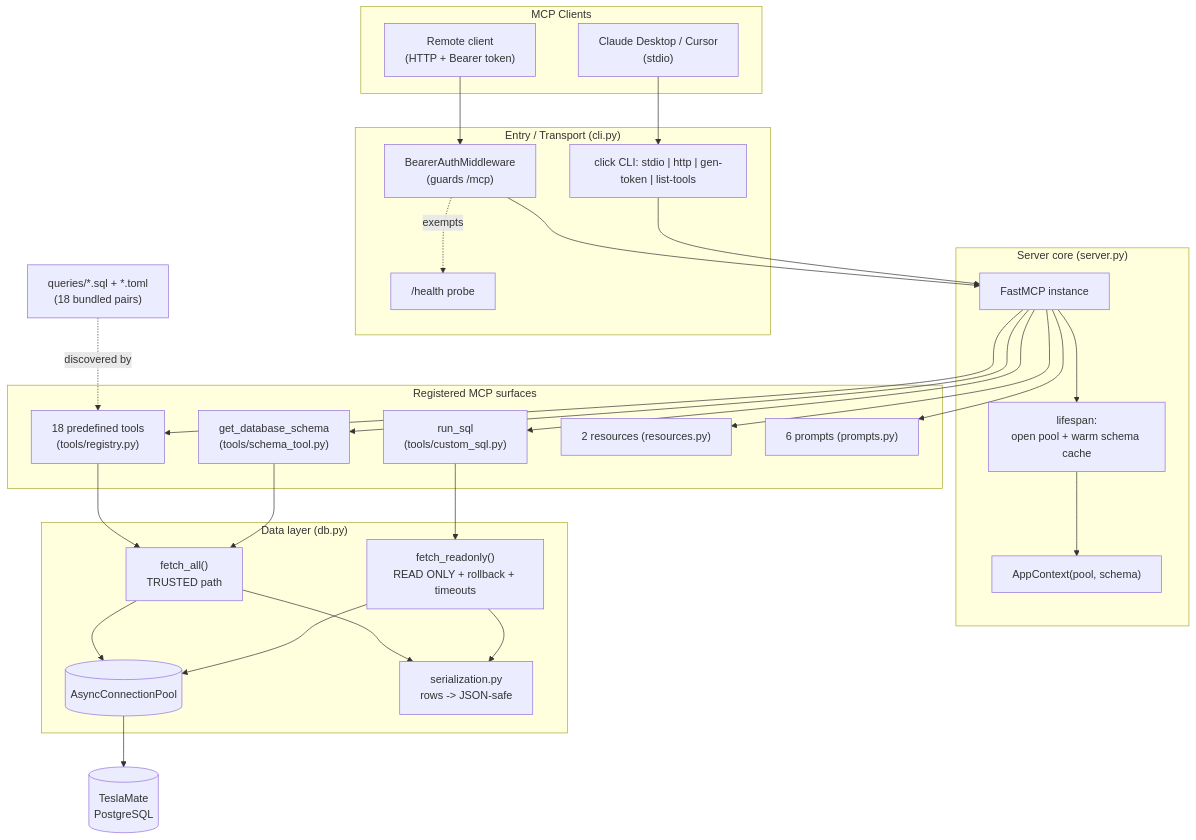
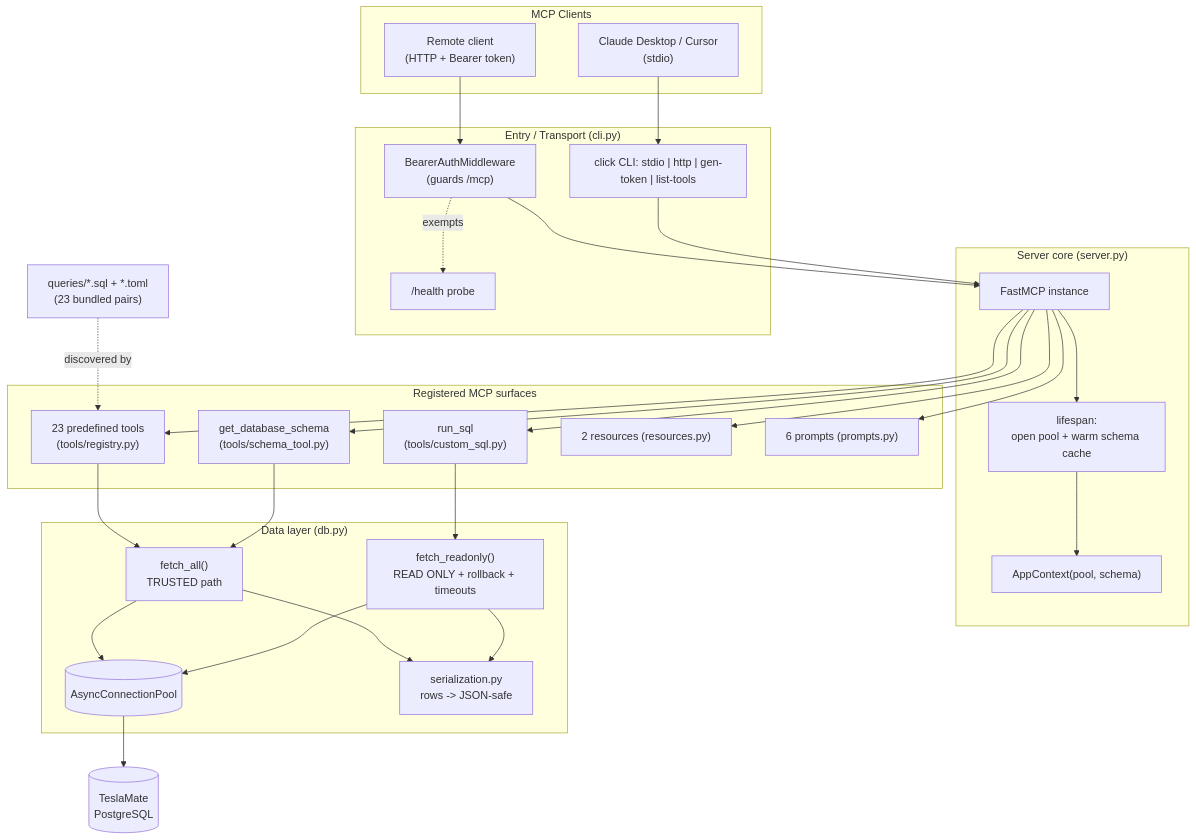
One commit to cobanov/teslamate-mcp changed the first of 2 diagrams in docs/CODEBASE_MAP.md. Above: the diagram before and after it, drawn with Mermaid. The commit also changed other lines of this file and 8 other files, not shown here.

````diff
--- a/docs/CODEBASE_MAP.md
+++ b/docs/CODEBASE_MAP.md
@@ -21,53 +21,53 @@
 ```mermaid
 graph TB
     subgraph Clients["MCP Clients"]
         IDE["Claude Desktop / Cursor<br/>(stdio)"]
         Remote["Remote client<br/>(HTTP + Bearer token)"]
     end
 
     subgraph Entry["Entry / Transport (cli.py)"]
         CLI["click CLI: stdio | http | gen-token | list-tools"]
         Auth["BearerAuthMiddleware<br/>(guards /mcp)"]
         Health["/health probe"]
     end
 
     subgraph Core["Server core (server.py)"]
         FastMCP["FastMCP instance"]
         Lifespan["lifespan:<br/>open pool + warm schema cache"]
         AppCtx["AppContext(pool, schema)"]
     end
 
     subgraph Surfaces["Registered MCP surfaces"]
-        Pre["18 predefined tools<br/>(tools/registry.py)"]
+        Pre["23 predefined tools<br/>(tools/registry.py)"]
         RunSQL["run_sql<br/>(tools/custom_sql.py)"]
         SchemaTool["get_database_schema<br/>(tools/schema_tool.py)"]
         Res["2 resources (resources.py)"]
         Prompts["6 prompts (prompts.py)"]
     end
 
     subgraph Data["Data layer (db.py)"]
         Pool[("AsyncConnectionPool")]
         FetchAll["fetch_all()<br/>TRUSTED path"]
         FetchRO["fetch_readonly()<br/>READ ONLY + rollback + timeouts"]
         Ser["serialization.py<br/>rows -> JSON-safe"]
     end
 
     DB[("TeslaMate<br/>PostgreSQL")]
-    Queries["queries/*.sql + *.toml<br/>(18 bundled pairs)"]
+    Queries["queries/*.sql + *.toml<br/>(23 bundled pairs)"]
 
     IDE --> CLI
     Remote --> Auth --> FastMCP
     CLI --> FastMCP
     Auth -.exempts.-> Health
     FastMCP --> Lifespan --> AppCtx
     FastMCP --> Pre & RunSQL & SchemaTool & Res & Prompts
     Queries -.discovered by.-> Pre
     Pre --> FetchAll
     SchemaTool --> FetchAll
     RunSQL --> FetchRO
     FetchAll --> Pool
     FetchRO --> Pool
     FetchAll --> Ser
     FetchRO --> Ser
     Pool --> DB
 ```
````
